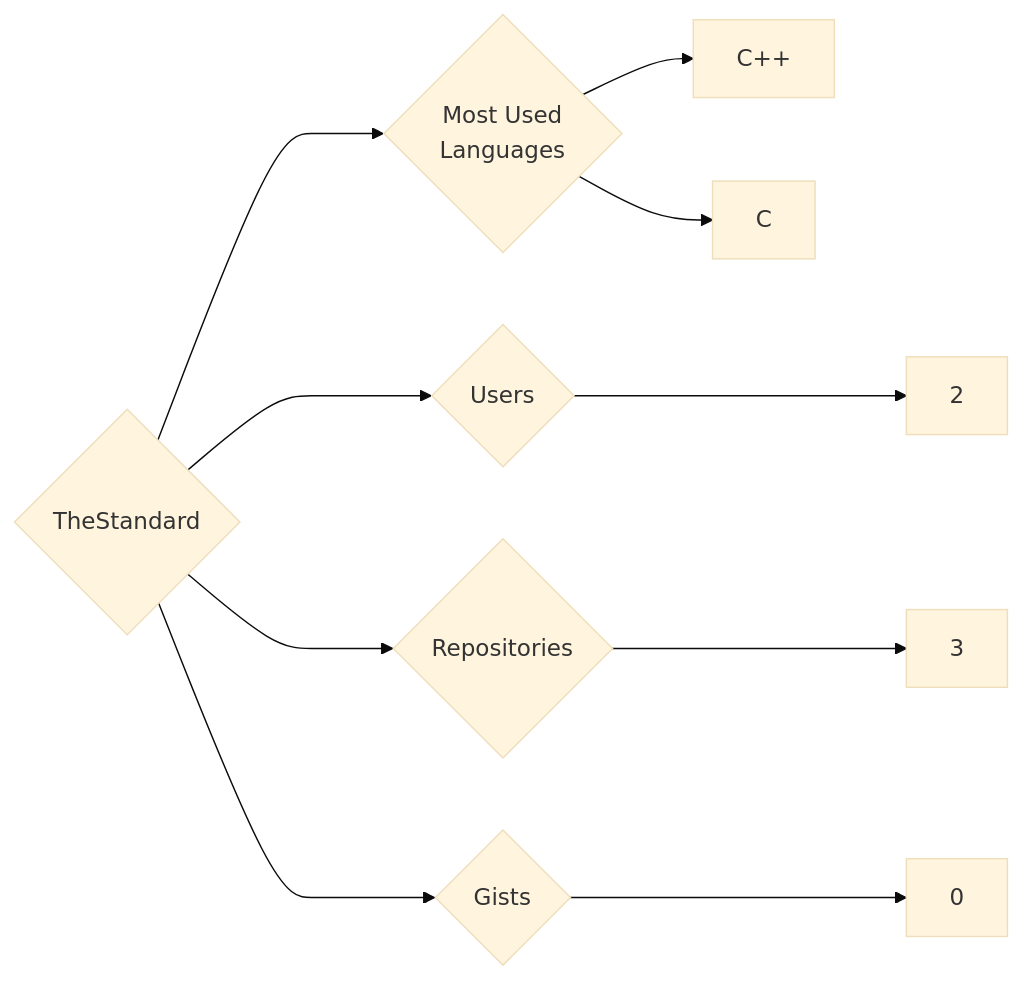
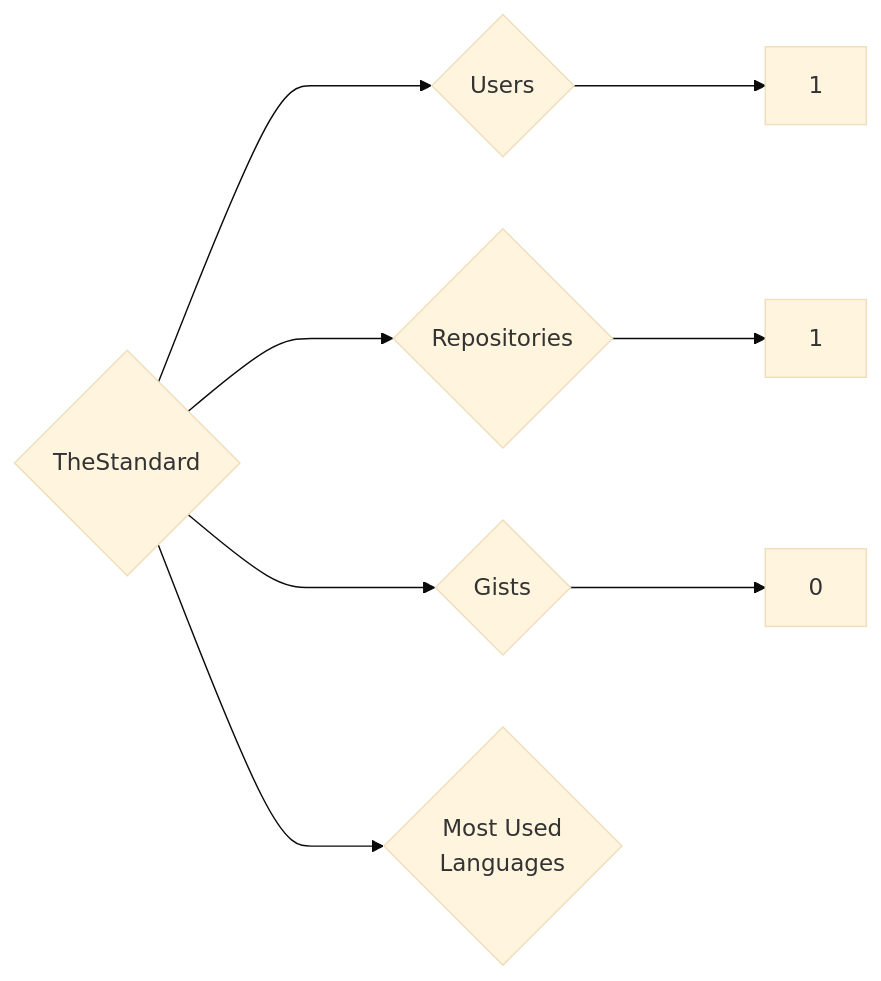
Before and after one commit to trickest/insiders: the diagram in targets/TheStandard/README.md, drawn with Mermaid (base theme). The commit also changed 912 other files, not shown here.

````diff
--- a/targets/TheStandard/README.md
+++ b/targets/TheStandard/README.md
@@ -3,10 +3,8 @@
 ```mermaid
 graph LR
 COMPANY_NAME{TheStandard}
-COMPANY_NAME ---> U{Users} ---> UN[2]
-COMPANY_NAME ---> R{Repositories} ---> RN[3]
+COMPANY_NAME ---> U{Users} ---> UN[1]
+COMPANY_NAME ---> R{Repositories} ---> RN[1]
 COMPANY_NAME ---> G{Gists} ---> GN[0]
 COMPANY_NAME ---> ML{Most Used<br>Languages}
-ML --> C++[C++]
-ML --> C[C]
 ```
````
